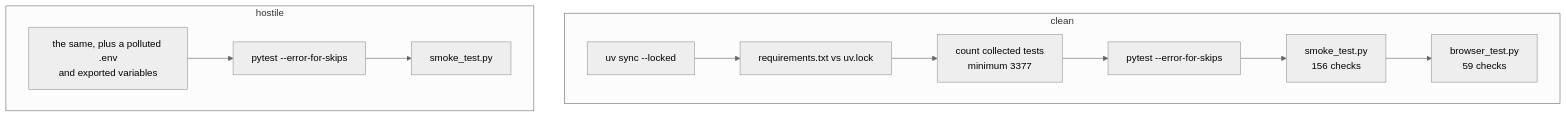
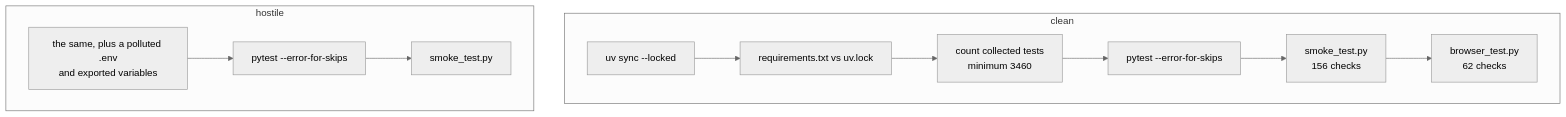
One commit to IAMN1/link-shortener changed the diagram in docs/testing.md. Above: the diagram before and after it, drawn with Mermaid (neutral theme). The commit also changed other lines of this file and 66 other files, not shown here.

````diff
--- a/docs/testing.md
+++ b/docs/testing.md
@@ -409,12 +409,12 @@
 ```mermaid
 flowchart TD
     subgraph clean["clean"]
         C1[uv sync --locked] --> C2[requirements.txt vs uv.lock]
-        C2 --> C3[count collected tests<br/>minimum 3377] --> C4[pytest --error-for-skips]
-        C4 --> C5[smoke_test.py<br/>156 checks] --> C6[browser_test.py<br/>59 checks]
+        C2 --> C3[count collected tests<br/>minimum 3460] --> C4[pytest --error-for-skips]
+        C4 --> C5[smoke_test.py<br/>156 checks] --> C6[browser_test.py<br/>62 checks]
     end
     subgraph hostile["hostile"]
         H1[the same, plus a polluted .env<br/>and exported variables] --> H2[pytest --error-for-skips]
         H2 --> H3[smoke_test.py]
     end
 ```
````
